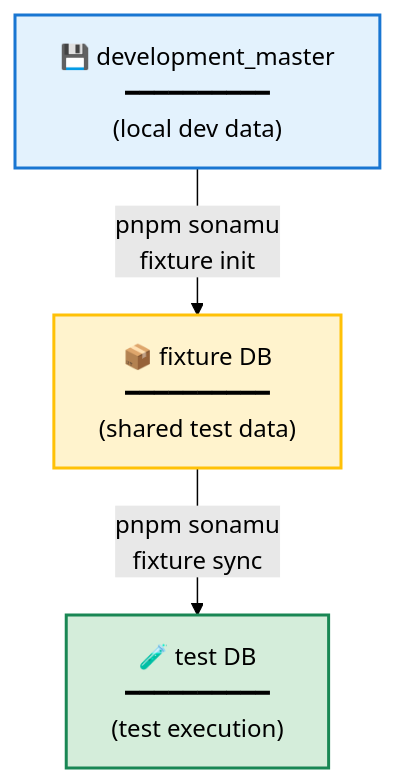
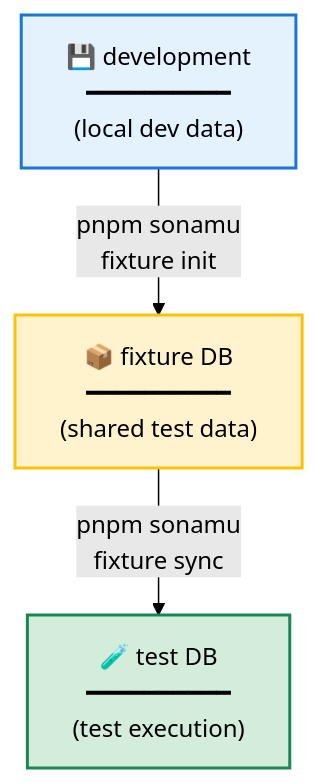
The diagram in modules/docs/en/testing/fixtures/test-database.mdx (cartanova-ai/sonamu), drawn with Mermaid (forest theme) before and after one commit. The commit also changed other lines of this file and 17 other files, not shown here.

````diff
--- a/modules/docs/en/testing/fixtures/test-database.mdx
+++ b/modules/docs/en/testing/fixtures/test-database.mdx
@@ -29,13 +29,13 @@
 ```mermaid
 flowchart TD
-    D["💾 development_master<br/>━━━━━━━━━━<br/>(local dev data)"]
+    D["💾 development<br/>━━━━━━━━━━<br/>(local dev data)"]
     F["📦 fixture DB<br/>━━━━━━━━━━<br/>(shared test data)"]
     T["🧪 test DB<br/>━━━━━━━━━━<br/>(test execution)"]
 
     D -->|pnpm sonamu<br/>fixture init| F
     F -->|pnpm sonamu<br/>fixture sync| T
 
     style D fill:#e3f2fd,stroke:#1976d2,stroke-width:2px
     style F fill:#fff3cd,stroke:#ffc107,stroke-width:2px
     style T fill:#d4edda,stroke:#198754,stroke-width:2px
 ```
````
